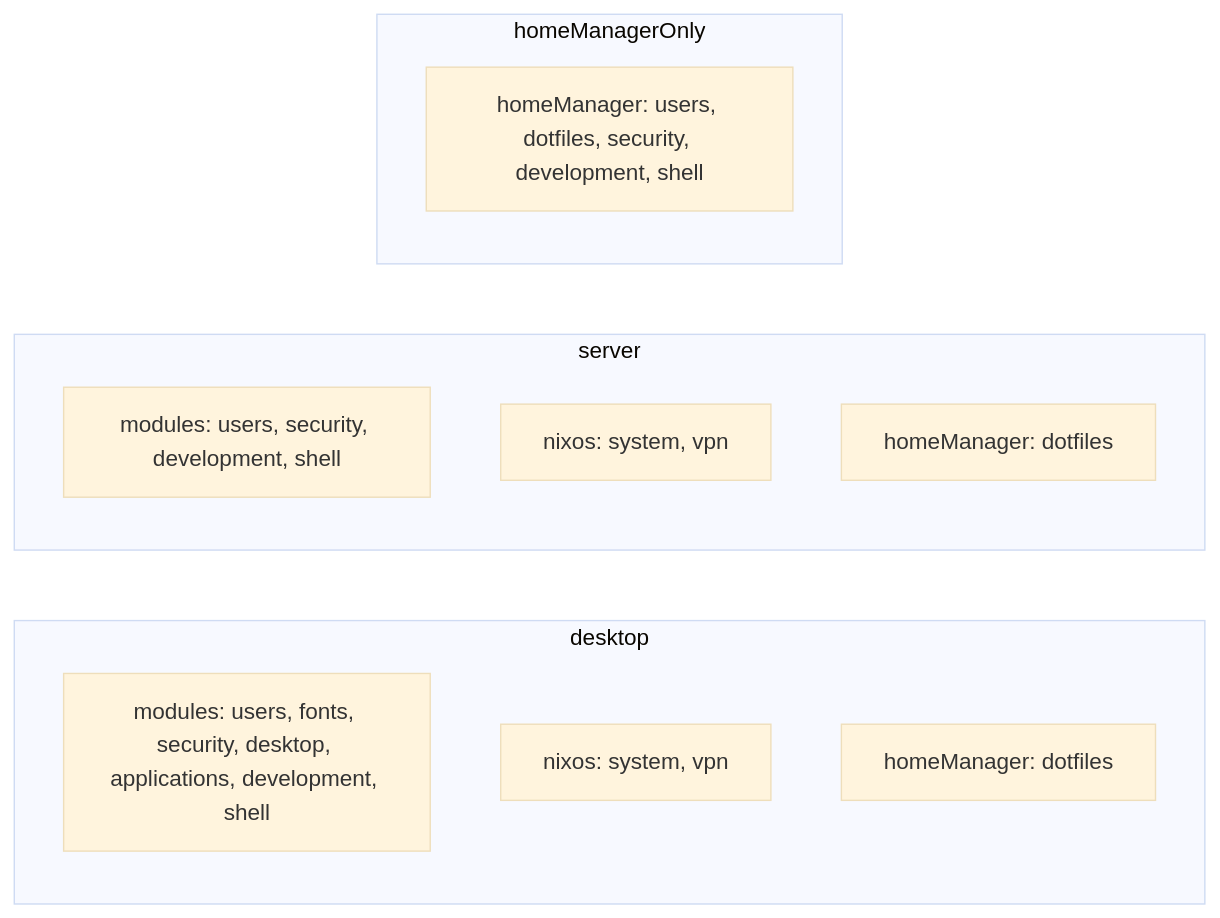
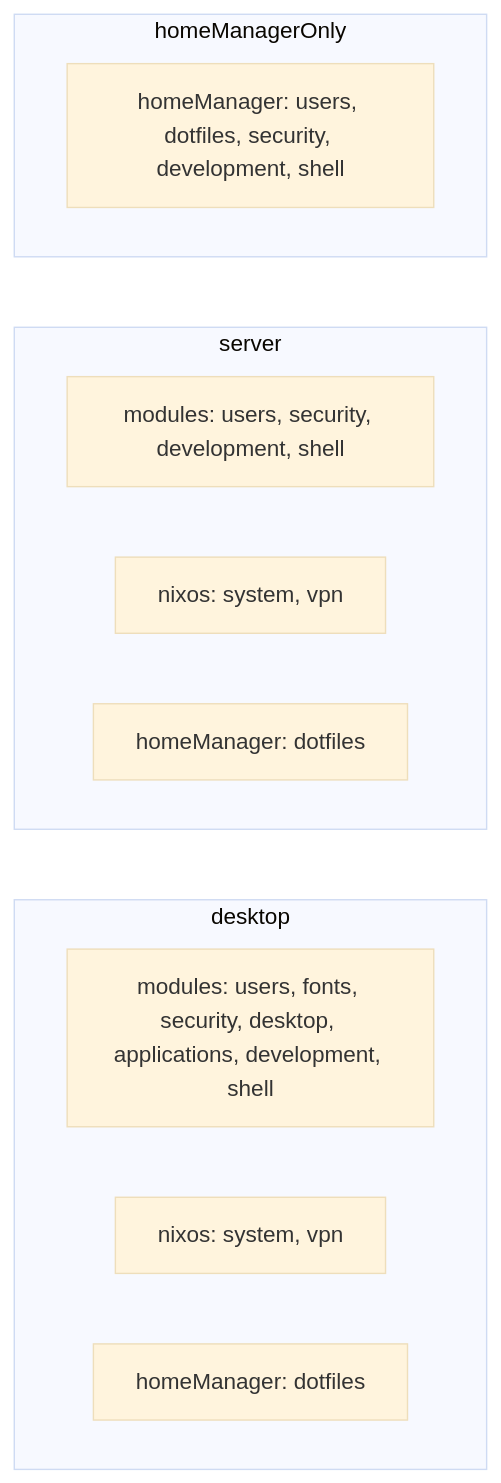
Before and after one commit to fbosch/nixos: the second of 2 diagrams in README.md, drawn with Mermaid (base theme).

````diff
--- a/README.md
+++ b/README.md
@@ -74,21 +74,21 @@
 ```mermaid
 flowchart LR
   subgraph desktop
-    direction TB
+    direction LR
     dModules["modules: users, fonts, security, desktop, applications, development, shell"]
     dNixos["nixos: system, vpn"]
     dHomeManager["homeManager: dotfiles"]
   end
 
   subgraph server
-    direction TB
+    direction LR
     sModules["modules: users, security, development, shell"]
     sNixos["nixos: system, vpn"]
     sHomeManager["homeManager: dotfiles"]
   end
 
   subgraph homeManagerOnly
-    direction TB
+    direction LR
     hHomeManager["homeManager: users, dotfiles, security, development, shell"]
   end
 ```
````
